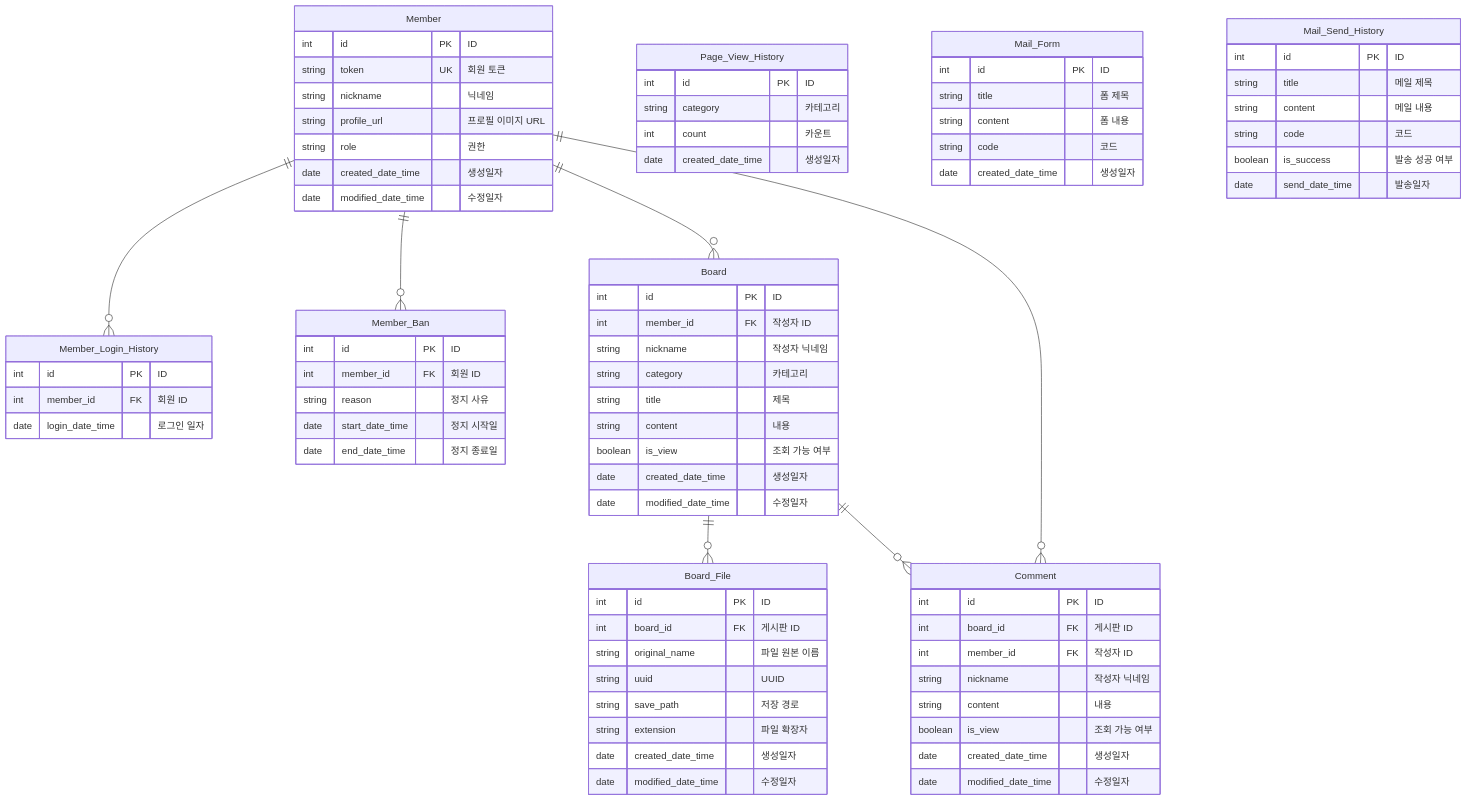
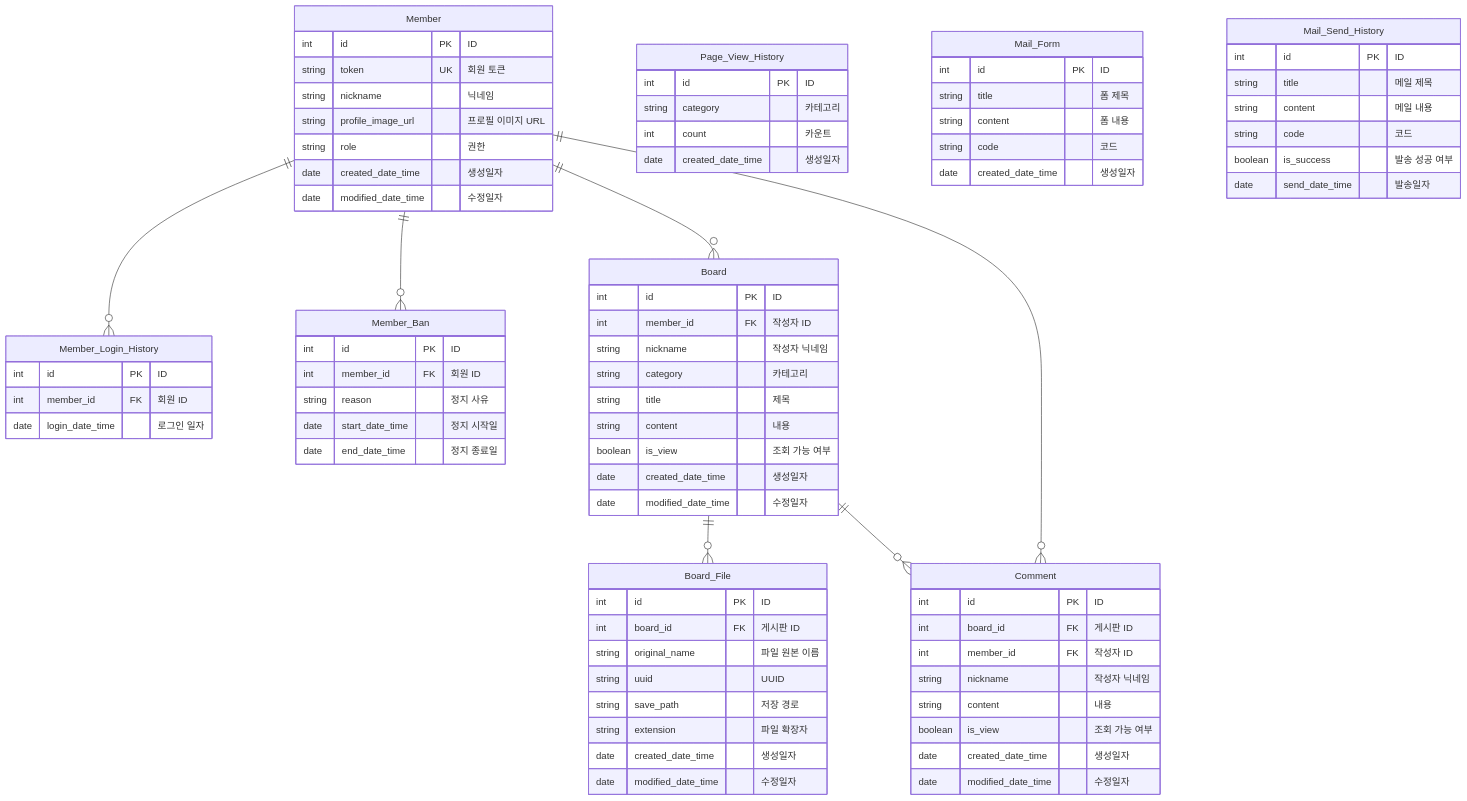
One commit to two-clock/backend changed the diagram in README.md. Above: the diagram before and after it, drawn with Mermaid.

Commit message:
docs: Rename profile_url to profile_image_url in README

```diff
--- a/README.md
+++ b/README.md
@@ -84,7 +84,7 @@
         int id PK "ID"
         string token UK "회원 토큰"
         string nickname "닉네임"
-        string profile_url "프로필 이미지 URL"
+        string profile_image_url "프로필 이미지 URL"
         string role "권한"
         date created_date_time "생성일자"
         date modified_date_time "수정일자"
```
